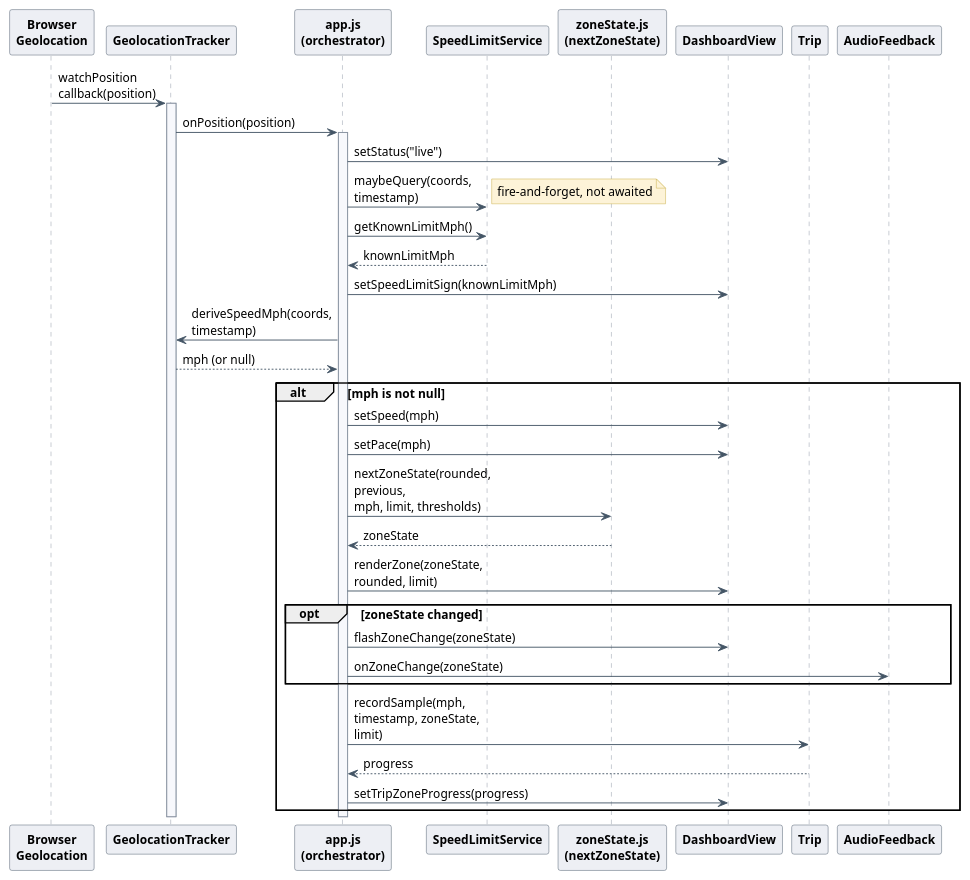
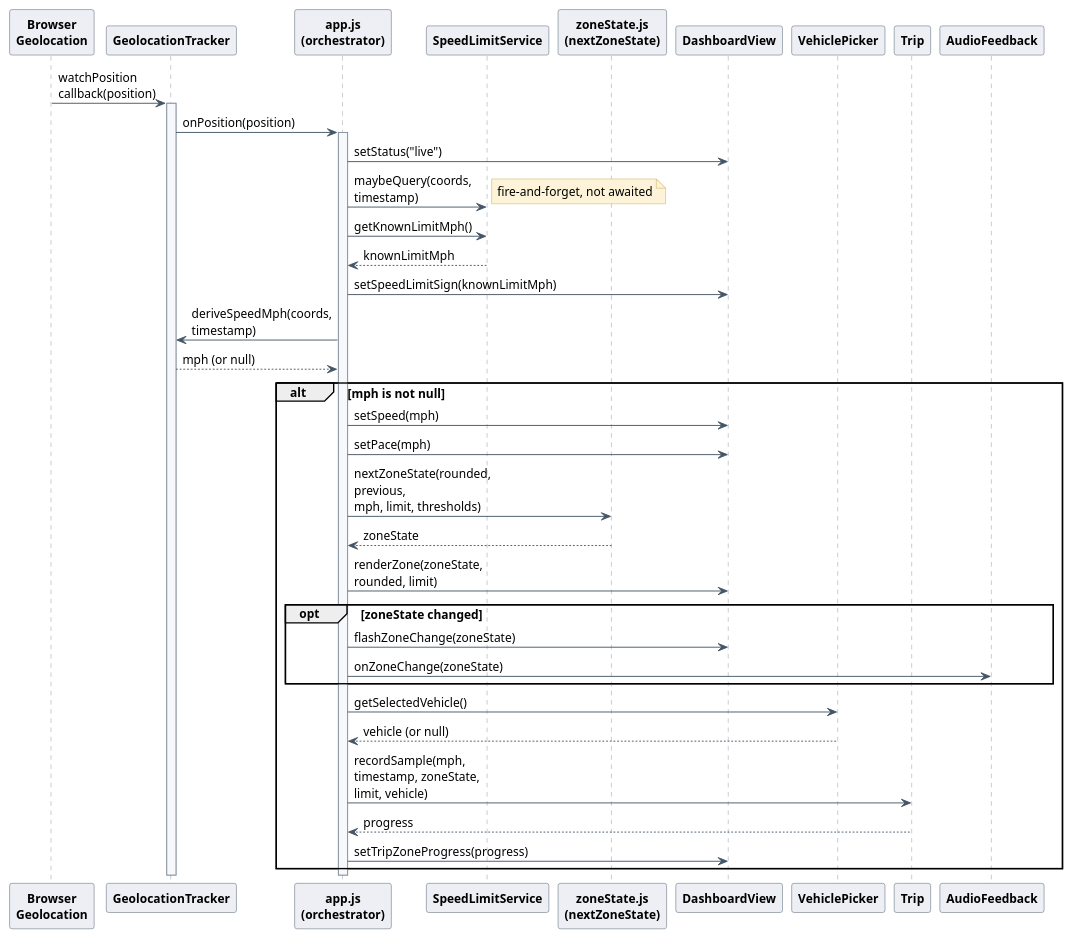
The diagram in docs/diagrams/sequence-diagram.puml (ysfrknzydn/paceometer-app), drawn with PlantUML before and after one commit. The commit also changed 34 other files, not shown here.

Commit message:
Add fuel-efficiency feature: vehicle picker, gas-cost trip summary, weekly data pipeline

```diff
--- a/docs/diagrams/sequence-diagram.puml
+++ b/docs/diagrams/sequence-diagram.puml
@@ -1,67 +1,70 @@
 @startuml
 skinparam shadowing false
 skinparam defaultFontName Helvetica
 skinparam defaultFontSize 13
 skinparam maxMessageSize 160
 
 skinparam sequence {
   ArrowColor #445566
   LifeLineBorderColor #8892A0
   LifeLineBackgroundColor #F7F8FC
   ParticipantBorderColor #445566
   ParticipantBackgroundColor #EDEFF4
   ParticipantFontStyle bold
   ActorBorderColor #445566
   BoxBorderColor #445566
   BoxBackgroundColor #FBFBFD
 }
 skinparam noteBackgroundColor #FDF3D8
 skinparam noteBorderColor #C7A93F
 
 participant "Browser\nGeolocation" as GPS
 participant "GeolocationTracker" as GT
 participant "app.js\n(orchestrator)" as App
 participant "SpeedLimitService" as SLS
 participant "zoneState.js\n(nextZoneState)" as ZM
 participant "DashboardView" as DV
+participant "VehiclePicker" as VP
 participant "Trip" as TR
 participant "AudioFeedback" as AF
 
 GPS -> GT : watchPosition callback(position)
 activate GT
 GT -> App : onPosition(position)
 activate App
 
 App -> DV : setStatus("live")
 
 App -> SLS : maybeQuery(coords, timestamp)
 note right : fire-and-forget, not awaited
 App -> SLS : getKnownLimitMph()
 SLS --> App : knownLimitMph
 App -> DV : setSpeedLimitSign(knownLimitMph)
 
 App -> GT : deriveSpeedMph(coords, timestamp)
 GT --> App : mph (or null)
 
 alt mph is not null
   App -> DV : setSpeed(mph)
   App -> DV : setPace(mph)
 
   App -> ZM : nextZoneState(rounded, previous,\nmph, limit, thresholds)
   ZM --> App : zoneState
   App -> DV : renderZone(zoneState, rounded, limit)
 
   opt zoneState changed
     App -> DV : flashZoneChange(zoneState)
     App -> AF : onZoneChange(zoneState)
   end
 
-  App -> TR : recordSample(mph, timestamp, zoneState, limit)
+  App -> VP : getSelectedVehicle()
+  VP --> App : vehicle (or null)
+  App -> TR : recordSample(mph, timestamp, zoneState,\nlimit, vehicle)
   TR --> App : progress
   App -> DV : setTripZoneProgress(progress)
 end
 
 deactivate App
 deactivate GT
 
 @enduml
```
